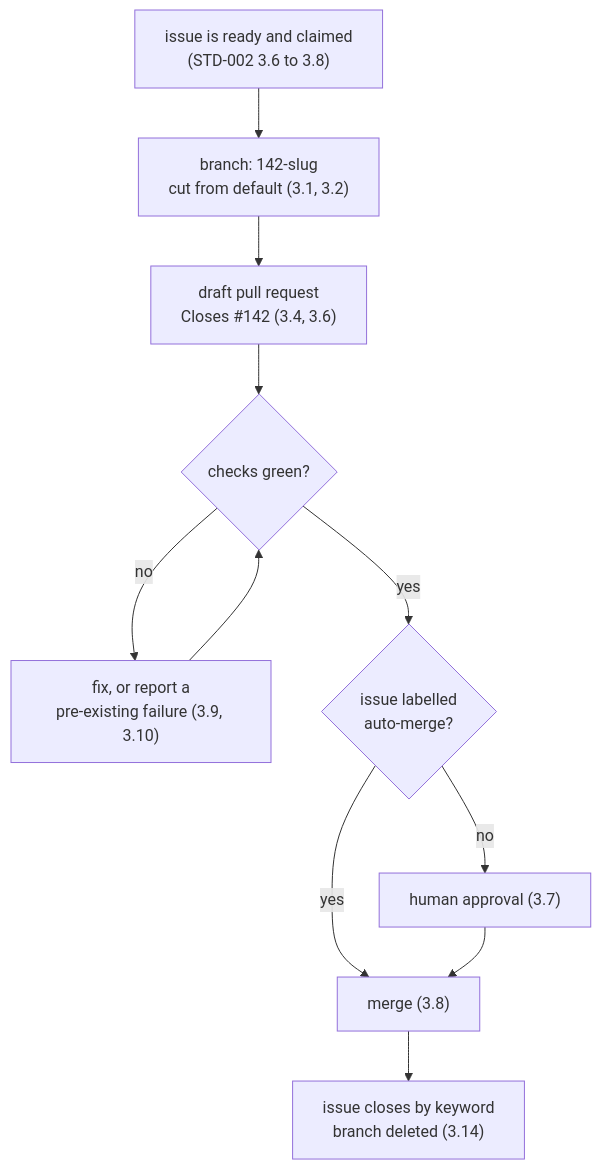
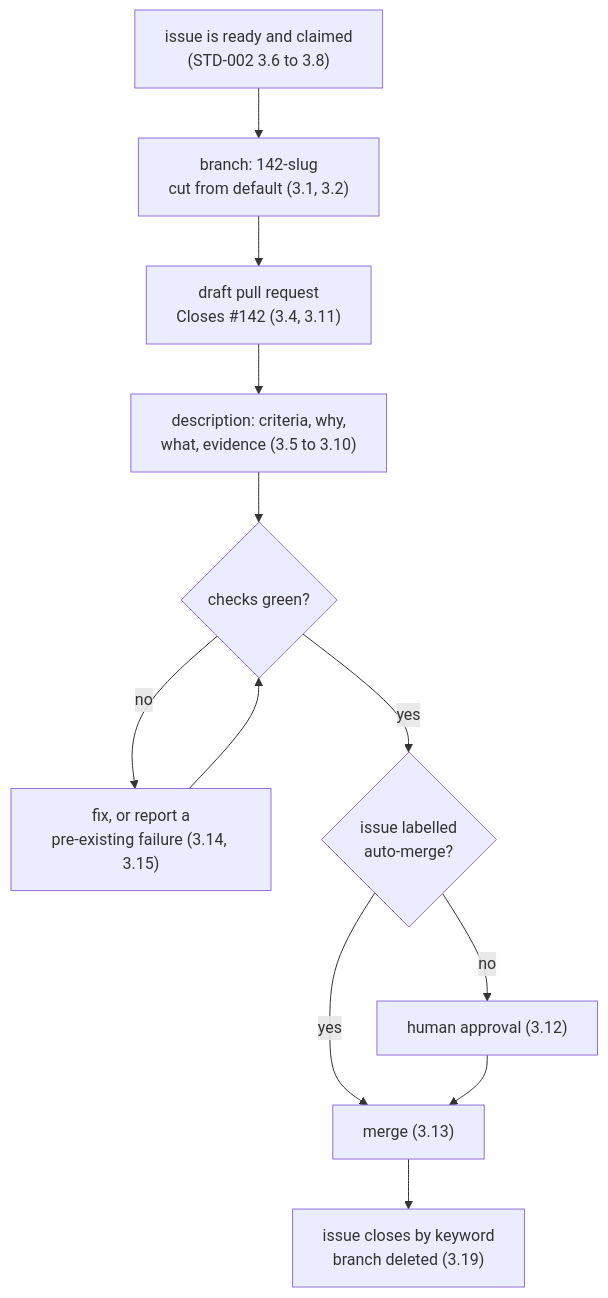
Before and after one commit to The-Focus-AI/standards: the diagram in standards/STD-003-pull-requests-and-branches.md, drawn with Mermaid. The commit also changed other lines of this file and 1 other file, not shown here.

First line of the commit message:
Specify the pull request description format in STD-003

````diff
--- a/standards/STD-003-pull-requests-and-branches.md
+++ b/standards/STD-003-pull-requests-and-branches.md
@@ -180,13 +265,14 @@
 ```mermaid
 flowchart TD
     A["issue is ready and claimed<br/>(STD-002 3.6 to 3.8)"] --> B["branch: 142-slug<br/>cut from default (3.1, 3.2)"]
-    B --> C["draft pull request<br/>Closes #142 (3.4, 3.6)"]
-    C --> D{"checks green?"}
-    D -->|no| E["fix, or report a<br/>pre-existing failure (3.9, 3.10)"]
-    E --> D
-    D -->|yes| F{"issue labelled<br/>auto-merge?"}
-    F -->|yes| H["merge (3.8)"]
-    F -->|no| G["human approval (3.7)"]
-    G --> H
-    H --> I["issue closes by keyword<br/>branch deleted (3.14)"]
+    B --> C["draft pull request<br/>Closes #142 (3.4, 3.11)"]
+    C --> D["description: criteria, why,<br/>what, evidence (3.5 to 3.10)"]
+    D --> E{"checks green?"}
+    E -->|no| F["fix, or report a<br/>pre-existing failure (3.14, 3.15)"]
+    F --> E
+    E -->|yes| G{"issue labelled<br/>auto-merge?"}
+    G -->|yes| I["merge (3.13)"]
+    G -->|no| H["human approval (3.12)"]
+    H --> I
+    I --> J["issue closes by keyword<br/>branch deleted (3.19)"]
 ```
````
